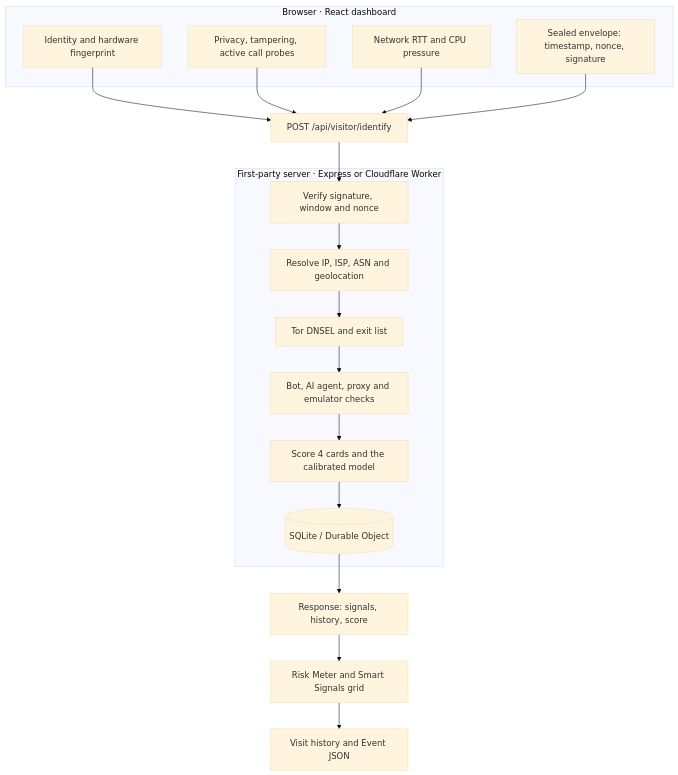
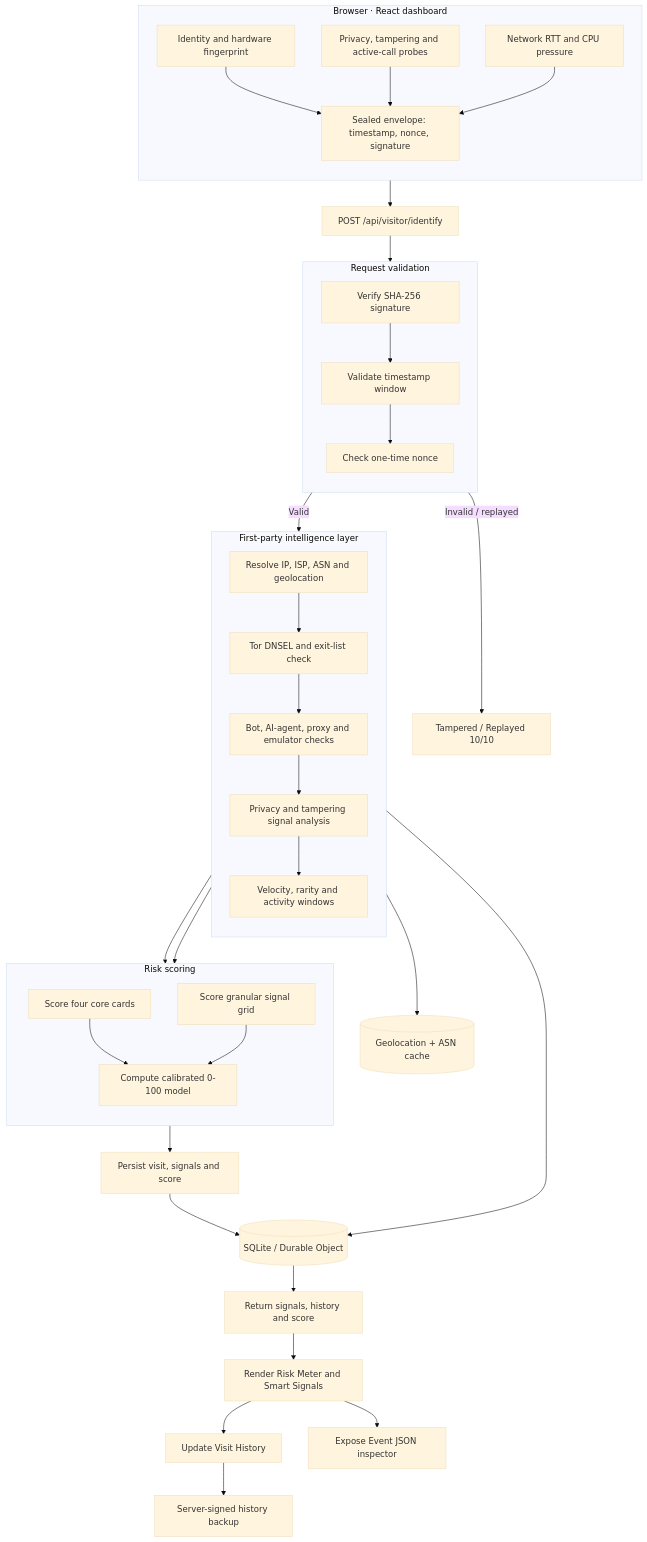
One commit to aditya-c7/Intel-System changed the diagram in README.md. Above: the diagram before and after it, drawn with Mermaid (base theme). The commit also changed other lines of this file, not shown here.

Commit message:
internal update
internal update

````diff
--- a/README.md
+++ b/README.md
@@ -22,30 +67,60 @@
 ```mermaid
 flowchart TD
   subgraph Browser["Browser · React dashboard"]
+    direction TB
     P1["Identity and hardware fingerprint"]
-    P2["Privacy, tampering, active call probes"]
+    P2["Privacy, tampering and active-call probes"]
     P3["Network RTT and CPU pressure"]
     P4["Sealed envelope: timestamp, nonce, signature"]
+    P1 --> P4
+    P2 --> P4
+    P3 --> P4
   end
 
-  API["POST /api/visitor/identify"]
-  P1 --> API
-  P2 --> API
-  P3 --> API
-  P4 --> API
+  P4 --> API["POST /api/visitor/identify"]
 
-  subgraph Server["First-party server · Express or Cloudflare Worker"]
-    V["Verify signature, window and nonce"]
-    N["Resolve IP, ISP, ASN and geolocation"]
-    T["Tor DNSEL and exit list"]
-    C["Bot, AI agent, proxy and emulator checks"]
-    S["Score 4 cards and the calibrated model"]
-    DB[("SQLite / Durable Object")]
-    V --> N --> T --> C --> S --> DB
+  subgraph Gateway["Request validation"]
+    direction TB
+    V1["Verify SHA-256 signature"]
+    V2["Validate timestamp window"]
+    V3["Check one-time nonce"]
+    V1 --> V2 --> V3
   end
 
-  API --> V
-  DB --> R["Response: signals, history, score"]
-  R --> UI["Risk Meter and Smart Signals grid"]
-  UI --> X["Visit history and Event JSON"]
+  API --> V1
+  V3 -->|"Valid"| Resolve
+  V3 -->|"Invalid / replayed"| Reject["Tampered / Replayed 10/10"]
+
+  subgraph Intel["First-party intelligence layer"]
+    direction TB
+    Resolve["Resolve IP, ISP, ASN and geolocation"]
+    Tor["Tor DNSEL and exit-list check"]
+    Classify["Bot, AI-agent, proxy and emulator checks"]
+    Privacy["Privacy and tampering signal analysis"]
+    Velocity["Velocity, rarity and activity windows"]
+    Resolve --> Tor --> Classify --> Privacy --> Velocity
+  end
+
+  Resolve --> Geo[("Geolocation + ASN cache")]
+  Velocity --> Store[("SQLite / Durable Object")]
+
+  subgraph Scoring["Risk scoring"]
+    direction TB
+    Cards["Score four core cards"]
+    Grid["Score granular signal grid"]
+    Model["Compute calibrated 0-100 model"]
+    Cards --> Model
+    Grid --> Model
+  end
+
+  Velocity --> Cards
+  Velocity --> Grid
+  Model --> Persist["Persist visit, signals and score"]
+  Persist --> Store
+
+  Store --> Response["Return signals, history and score"]
+  Response --> UI["Render Risk Meter and Smart Signals"]
+  UI --> History["Update Visit History"]
+  UI --> JSON["Expose Event JSON inspector"]
+  History --> Backup["Server-signed history backup"]
 ```
````
